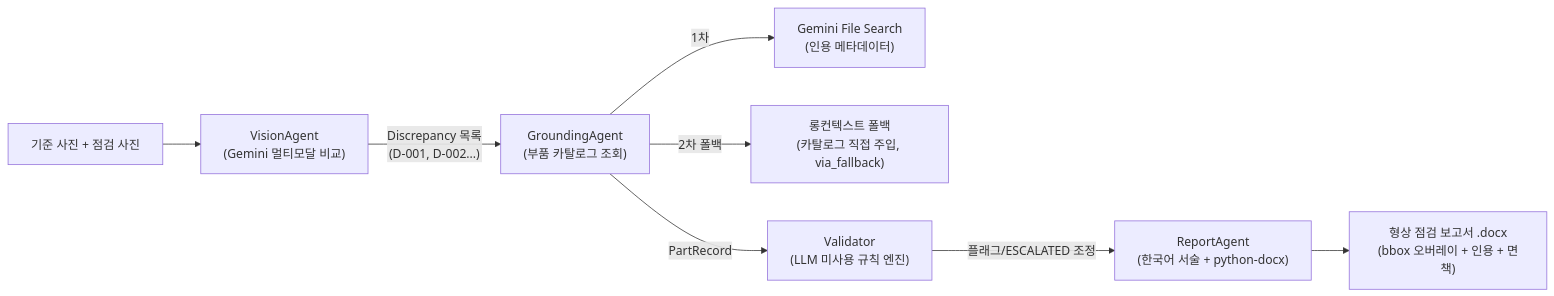
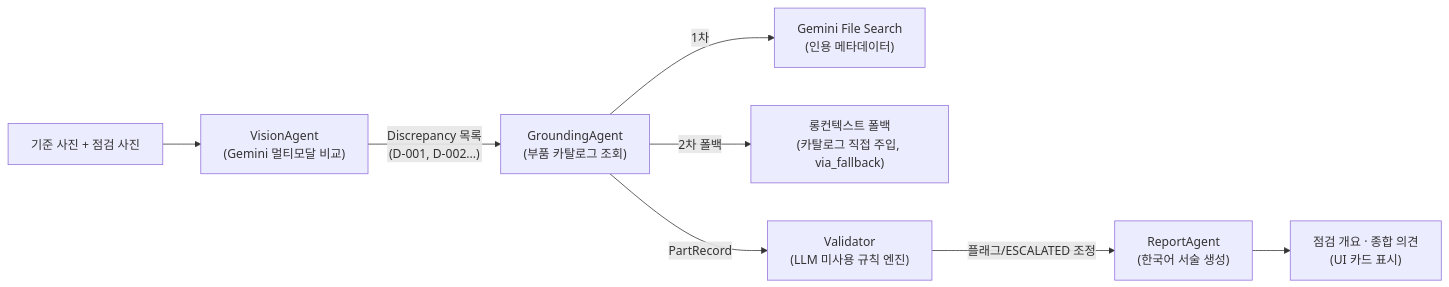
Before and after one commit to pkiop/AeroInspect: the diagram in README.md, drawn with Mermaid. The commit also changed other lines of this file and 11 other files, not shown here.

First line of the commit message:
feat: 점검 보고서 .docx 생성 기능 제거

````diff
--- a/README.md
+++ b/README.md
@@ -16,10 +16,10 @@
 ```mermaid
 flowchart LR
     A[기준 사진 + 점검 사진] --> V["VisionAgent<br/>(Gemini 멀티모달 비교)"]
     V -- "Discrepancy 목록<br/>(D-001, D-002...)" --> G["GroundingAgent<br/>(부품 카탈로그 조회)"]
     G -->|1차| FS["Gemini File Search<br/>(인용 메타데이터)"]
     G -->|"2차 폴백"| LC["롱컨텍스트 폴백<br/>(카탈로그 직접 주입, via_fallback)"]
     G -- PartRecord --> X["Validator<br/>(LLM 미사용 규칙 엔진)"]
-    X -- "플래그/ESCALATED 조정" --> R["ReportAgent<br/>(한국어 서술 + python-docx)"]
-    R --> D["형상 점검 보고서 .docx<br/>(bbox 오버레이 + 인용 + 면책)"]
+    X -- "플래그/ESCALATED 조정" --> R["ReportAgent<br/>(한국어 서술 생성)"]
+    R --> D["점검 개요 · 종합 의견<br/>(UI 카드 표시)"]
 ```
````
